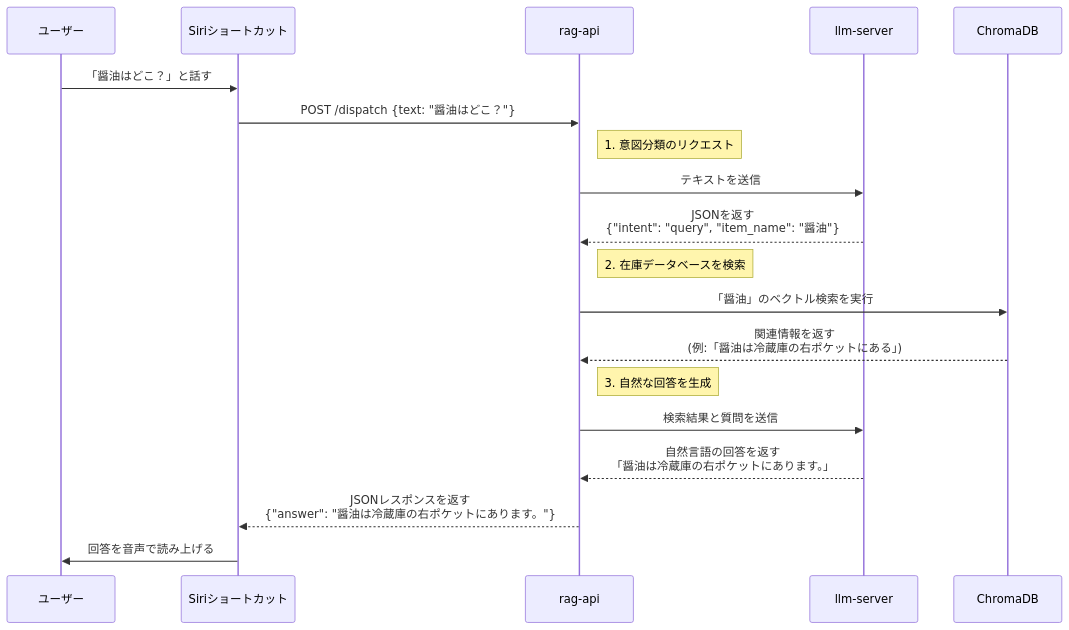
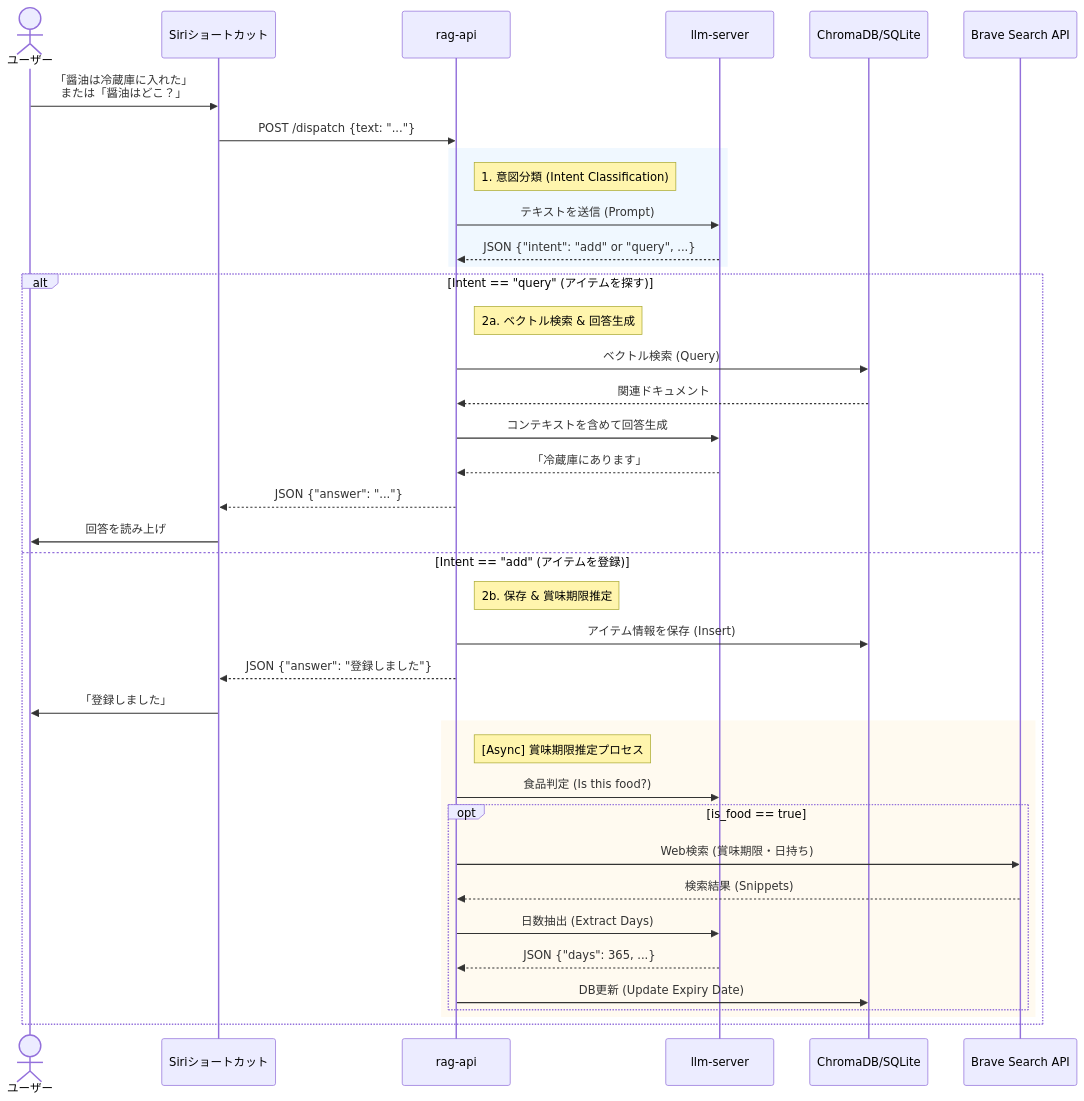
One commit to OratniR/ShelfAwareRAG changed the diagram in documents/sequence_diagram.md. Above: the diagram before and after it, drawn with Mermaid. The commit also changed 26 other files, not shown here.

Commit message:
add shelf-life estimation via Brave Search

````diff
--- a/documents/sequence_diagram.md
+++ b/documents/sequence_diagram.md
@@ -1,26 +1,51 @@
 ```mermaid
 sequenceDiagram
-    participant ユーザー
-    participant Siriショートカット
-    participant rag-api
-    participant llm-server
-    participant ChromaDB
+    actor User as ユーザー
+    participant Siri as Siriショートカット
+    participant API as rag-api
+    participant LLM as llm-server
+    participant DB as ChromaDB/SQLite
+    participant Brave as Brave Search API
 
-    ユーザー->>Siriショートカット: 「醤油はどこ？」と話す
-    Siriショートカット->>rag-api: POST /dispatch {text: "醤油はどこ？"}
+    User->>Siri: 「醤油は冷蔵庫に入れた」<br>または「醤油はどこ？」
+    Siri->>API: POST /dispatch {text: "..."}
     
-    Note right of rag-api: 1. 意図分類のリクエスト
-    rag-api->>llm-server: テキストを送信
-    llm-server-->>rag-api: JSONを返す<br>{"intent": "query", "item_name": "醤油"}
+    %% 1. 意図分類
+    rect rgb(240, 248, 255)
+    Note right of API: 1. 意図分類 (Intent Classification)
+    API->>LLM: テキストを送信 (Prompt)
+    LLM-->>API: JSON {"intent": "add" or "query", ...}
+    end
 
-    Note right of rag-api: 2. 在庫データベースを検索
-    rag-api->>ChromaDB: 「醤油」のベクトル検索を実行
-    ChromaDB-->>rag-api: 関連情報を返す<br>(例:「醤油は冷蔵庫の右ポケットにある」)
+    alt Intent == "query" (アイテムを探す)
+        Note right of API: 2a. ベクトル検索 & 回答生成
+        API->>DB: ベクトル検索 (Query)
+        DB-->>API: 関連ドキュメント
+        API->>LLM: コンテキストを含めて回答生成
+        LLM-->>API: 「冷蔵庫にあります」
+        API-->>Siri: JSON {"answer": "..."}
+        Siri->>User: 回答を読み上げ
 
-    Note right of rag-api: 3. 自然な回答を生成
-    rag-api->>llm-server: 検索結果と質問を送信
-    llm-server-->>rag-api: 自然言語の回答を返す<br>「醤油は冷蔵庫の右ポケットにあります。」
+    else Intent == "add" (アイテムを登録)
+        Note right of API: 2b. 保存 & 賞味期限推定
+        API->>DB: アイテム情報を保存 (Insert)
+        
+        %% ユーザーへのレスポンスは先に返す (高速化)
+        API-->>Siri: JSON {"answer": "登録しました"}
+        Siri->>User: 「登録しました」
 
-    rag-api-->>Siriショートカット: JSONレスポンスを返す<br>{"answer": "醤油は冷蔵庫の右ポケットにあります。"}
-    Siriショートカット->>ユーザー: 回答を音声で読み上げる
+        %% 非同期処理 (Background Task)
+        rect rgb(255, 250, 240)
+        Note right of API: [Async] 賞味期限推定プロセス
+        API->>LLM: 食品判定 (Is this food?)
+        
+        opt is_food == true
+            API->>Brave: Web検索 (賞味期限・日持ち)
+            Brave-->>API: 検索結果 (Snippets)
+            API->>LLM: 日数抽出 (Extract Days)
+            LLM-->>API: JSON {"days": 365, ...}
+            API->>DB: DB更新 (Update Expiry Date)
+        end
+        end
+    end
 ```
````
